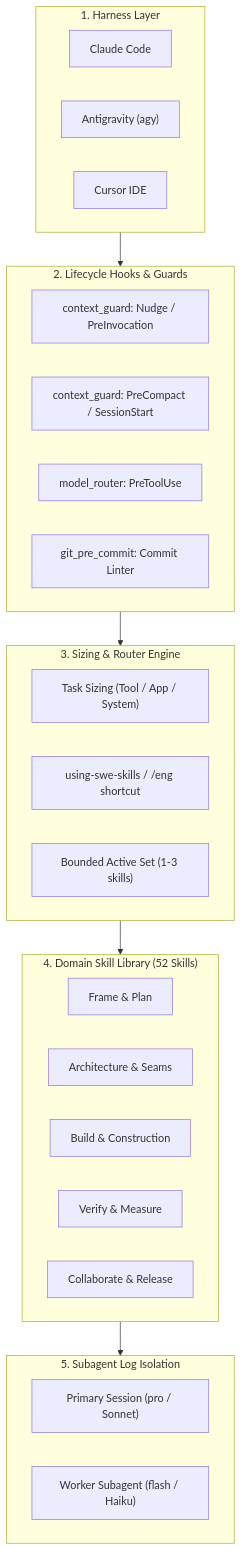
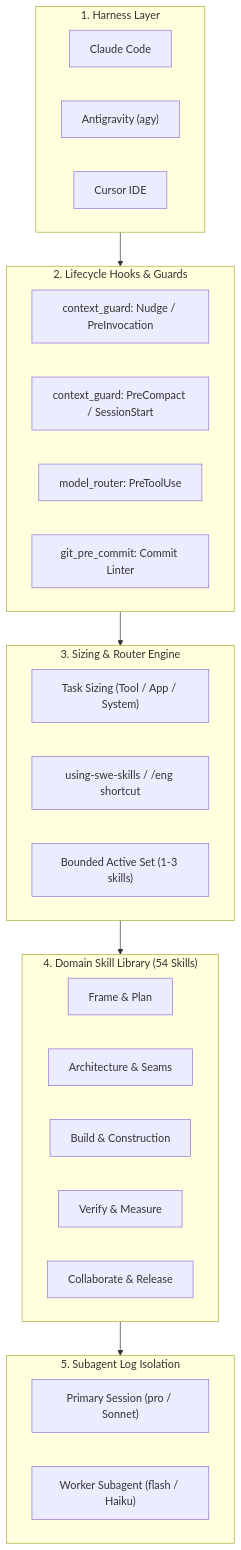
One commit to bsommers/swe-skills-2 changed the first of 2 diagrams in docs/architecture.md. Above: the diagram before and after it, drawn with Mermaid. The commit also changed 16 other files, not shown here.

Commit message:
feat(skills): add security-best-practices and architecture-best-practices skills

````diff
--- a/docs/architecture.md
+++ b/docs/architecture.md
@@ -11,39 +11,39 @@
 ```mermaid
 flowchart TD
     subgraph HarnessLayer["1. Harness Layer"]
         Claude["Claude Code"]
         Agy["Antigravity (agy)"]
         Cursor["Cursor IDE"]
     end
 
     subgraph HookLayer["2. Lifecycle Hooks & Guards"]
         Nudge["context_guard: Nudge / PreInvocation"]
         CompGuard["context_guard: PreCompact / SessionStart"]
         RouterGuard["model_router: PreToolUse"]
         GitGuard["git_pre_commit: Commit Linter"]
     end
 
     subgraph RoutingLayer["3. Sizing & Router Engine"]
         Sizer["Task Sizing (Tool / App / System)"]
         Router["using-swe-skills / /eng shortcut"]
         ActiveSet["Bounded Active Set (1-3 skills)"]
     end
 
-    subgraph SkillTaxonomy["4. Domain Skill Library (52 Skills)"]
+    subgraph SkillTaxonomy["4. Domain Skill Library (54 Skills)"]
         FramePlan["Frame & Plan"]
         ArchDomain["Architecture & Seams"]
         BuildDomain["Build & Construction"]
         VerifyDomain["Verify & Measure"]
         CollabDomain["Collaborate & Release"]
     end
 
     subgraph IsolationLayer["5. Subagent Log Isolation"]
         Primary["Primary Session (pro / Sonnet)"]
         Worker["Worker Subagent (flash / Haiku)"]
     end
 
     HarnessLayer --> HookLayer
     HookLayer --> RoutingLayer
     RoutingLayer --> SkillTaxonomy
     SkillTaxonomy --> IsolationLayer
 ```
````
